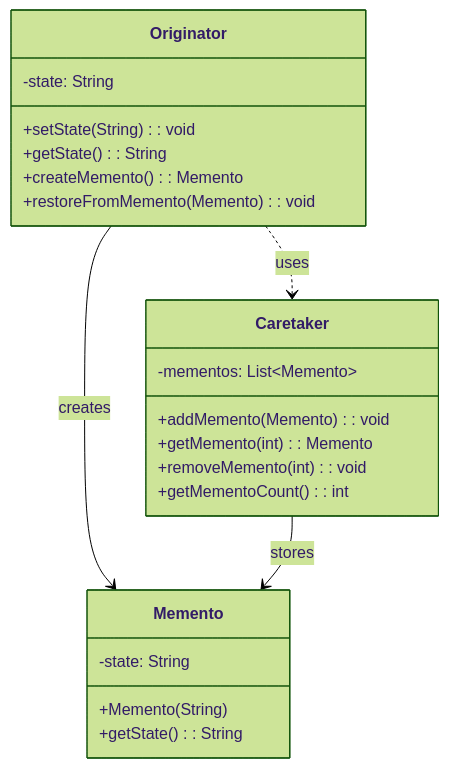
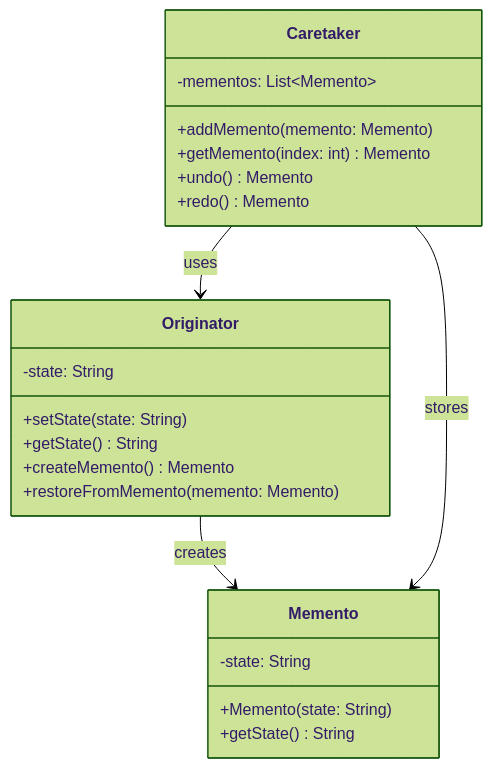
Before and after one commit to ANTHEM37/tool-box: the first of 2 diagrams in docs/design-patterns/behavioral/memento.md, drawn with Mermaid (forest theme). The commit also changed other lines of this file and 29 other files, not shown here.

````diff
--- a/docs/design-patterns/behavioral/memento.md
+++ b/docs/design-patterns/behavioral/memento.md
@@ -18,28 +37,28 @@
 ```mermaid
 classDiagram
     class Originator {
         -state: String
-        +setState(String): void
-        +getState(): String
-        +createMemento(): Memento
-        +restoreFromMemento(Memento): void
+        +setState(state: String)
+        +getState() String
+        +createMemento() Memento
+        +restoreFromMemento(memento: Memento)
     }
-
+    
     class Memento {
         -state: String
-        +Memento(String)
-        +getState(): String
+        +Memento(state: String)
+        +getState() String
     }
-
+    
     class Caretaker {
         -mementos: List~Memento~
-        +addMemento(Memento): void
-        +getMemento(int): Memento
-        +removeMemento(int): void
-        +getMementoCount(): int
+        +addMemento(memento: Memento)
+        +getMemento(index: int) Memento
+        +undo() Memento
+        +redo() Memento
     }
-
-    Originator --> Memento: creates
-    Caretaker --> Memento: stores
-    Originator ..> Caretaker: uses
+    
+    Originator --> Memento : creates
+    Caretaker --> Memento : stores
+    Caretaker --> Originator : uses
 ```
````
